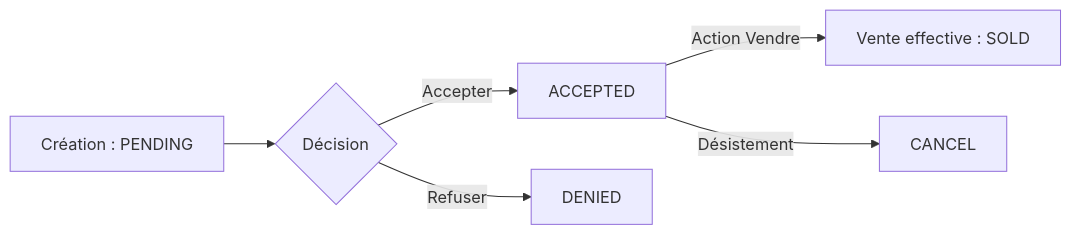
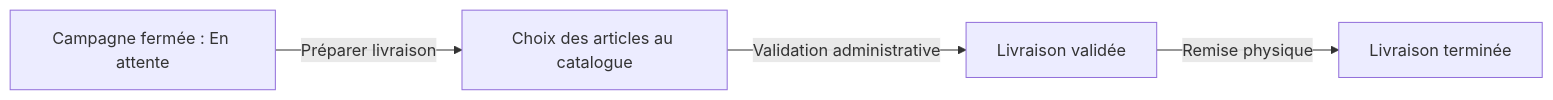
One commit to AQUILA04/ELYKIA changed the diagram in user-guide/docs/print_versions/guide_complet_commercial.md. Above: the diagram before and after it, drawn with Mermaid. The commit also changed other lines of this file and 15 other files, not shown here.

````diff
--- a/user-guide/docs/print_versions/guide_complet_commercial.md
+++ b/user-guide/docs/print_versions/guide_complet_commercial.md
@@ -545,8 +644,6 @@
 ```mermaid
 flowchart LR
-    A[Création : PENDING] --> B{Décision}
-    B -->|Accepter| C[ACCEPTED]
-    B -->|Refuser| D[DENIED]
-    C -->|Action Vendre| E[Vente effective : SOLD]
-    C -->|Désistement| F[CANCEL]
+    A[Campagne fermée : En attente] -->|Préparer livraison| B[Choix des articles au catalogue]
+    B -->|Validation administrative| C[Livraison validée]
+    C -->|Remise physique| D[Livraison terminée]
 ```
````
